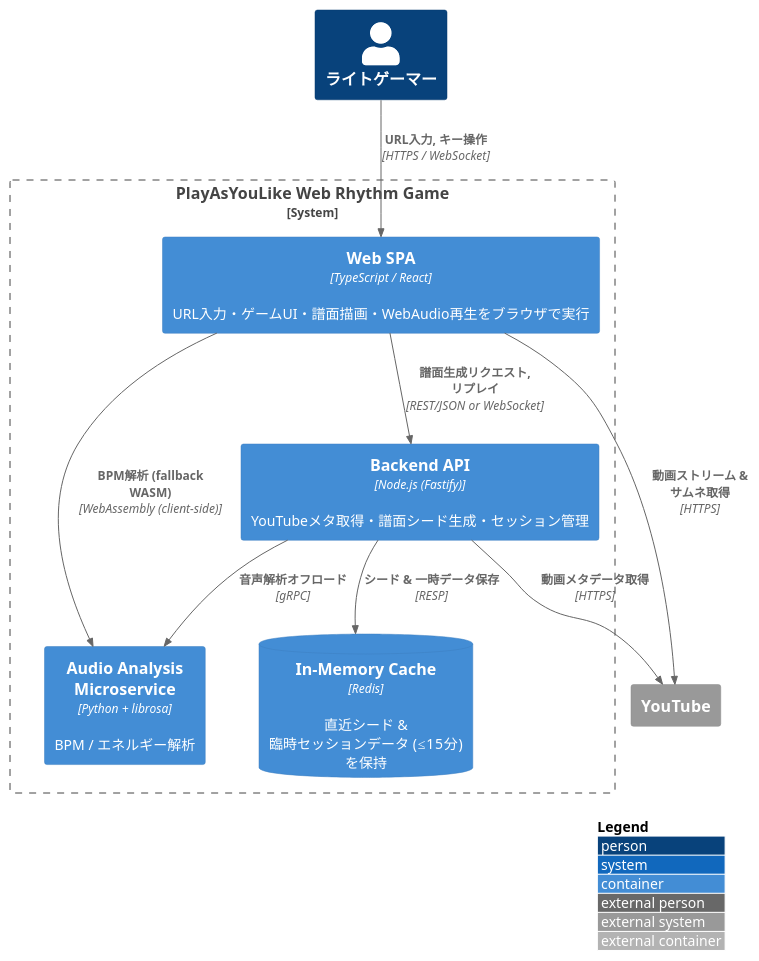
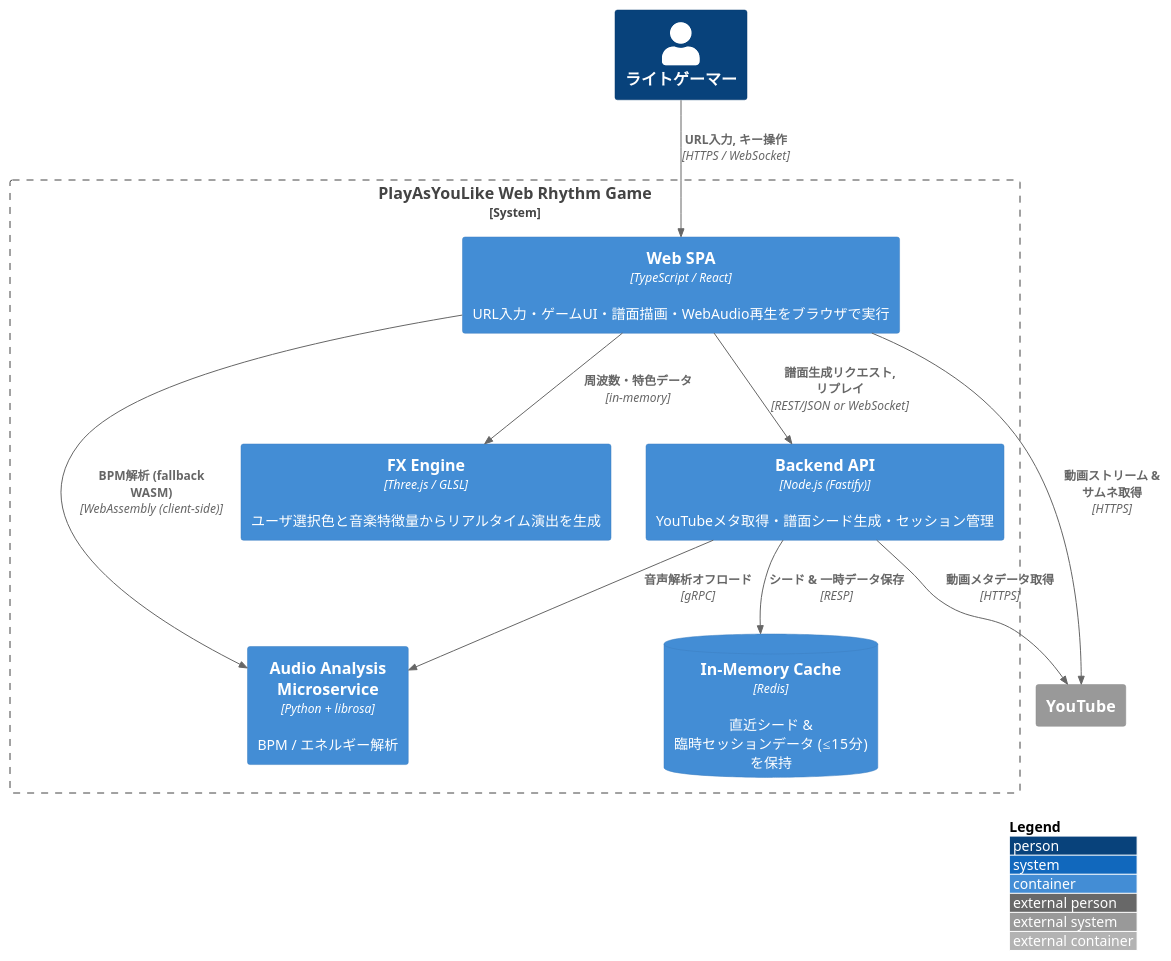
One commit to u-keiya/play_as_you_like changed the diagram in docs/03_design/diagrams/c4/container.puml. Above: the diagram before and after it, drawn with PlantUML. The commit also changed 1 other file, not shown here.

Commit message:
docs(design): add FX Engine container and extend audio analysis features

```diff
--- a/docs/03_design/diagrams/c4/container.puml
+++ b/docs/03_design/diagrams/c4/container.puml
@@ -1,29 +1,31 @@
 @startuml
 !includeurl https://raw.githubusercontent.com/plantuml-stdlib/C4-PlantUML/master/C4_Container.puml
 
 '-------------------------------------------------
 ' C4-Container Diagram: PlayAsYouLike Web Rhythm Game
 '-------------------------------------------------
 LAYOUT_WITH_LEGEND()
 
 Person(user, "ライトゲーマー")
 
 System_Boundary(playAsUL, "PlayAsYouLike Web Rhythm Game") {
 
     Container(webspa, "Web SPA", "TypeScript / React", "URL入力・ゲームUI・譜面描画・WebAudio再生をブラウザで実行")
+    Container(fx, "FX Engine", "Three.js / GLSL", "ユーザ選択色と音楽特徴量からリアルタイム演出を生成")
     Container(api, "Backend API", "Node.js (Fastify)", "YouTubeメタ取得・譜面シード生成・セッション管理")
     ContainerDb(cache, "In-Memory Cache", "Redis", "直近シード & 臨時セッションデータ (≤15分) を保持")
     Container(audioSvc, "Audio Analysis Microservice", "Python + librosa", "BPM / エネルギー解析")
 }
 
 System_Ext(youtube, "YouTube")
 
 Rel(user, webspa, "URL入力, キー操作", "HTTPS / WebSocket")
 Rel(webspa, youtube, "動画ストリーム & サムネ取得", "HTTPS")
 Rel(webspa, api, "譜面生成リクエスト, リプレイ", "REST/JSON or WebSocket")
 Rel(api, cache, "シード & 一時データ保存", "RESP")
 Rel(api, audioSvc, "音声解析オフロード", "gRPC")
 Rel(api, youtube, "動画メタデータ取得", "HTTPS")
 Rel_R(webspa, audioSvc, "BPM解析 (fallback WASM)", "WebAssembly (client-side)")
+Rel(webspa, fx, "周波数・特色データ", "in-memory")
 
 @enduml
```
